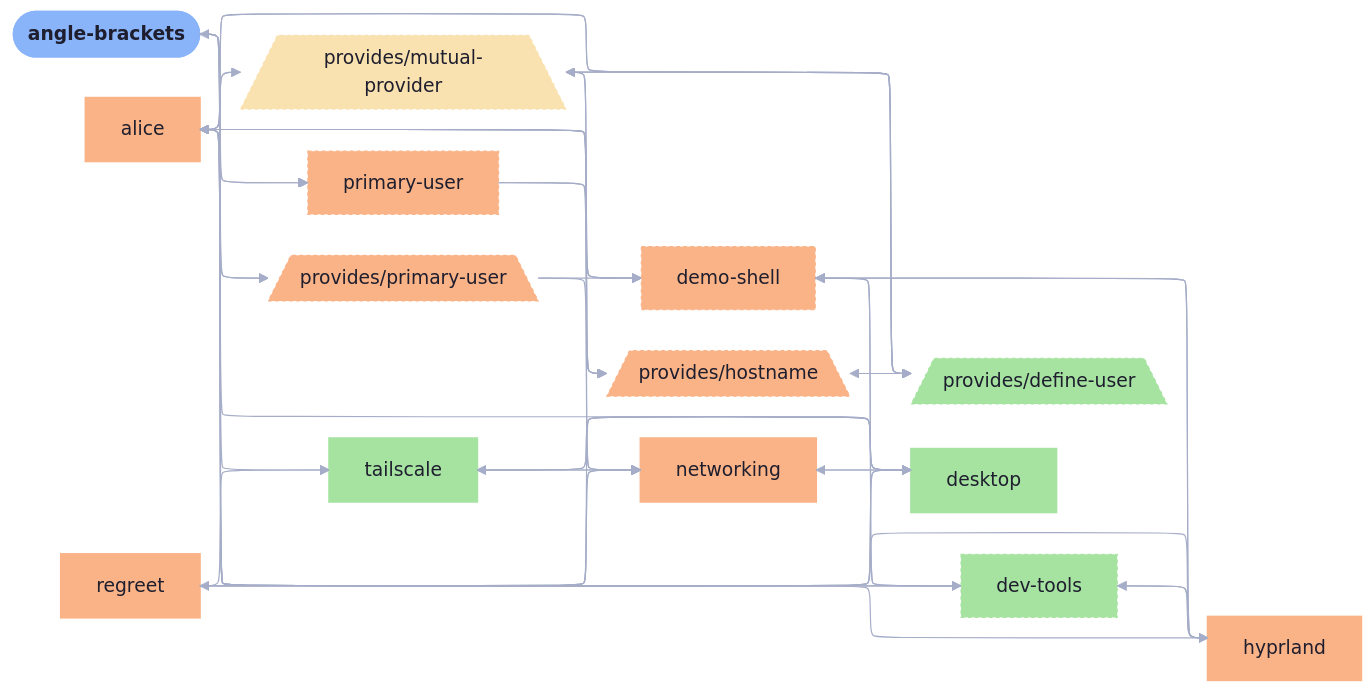
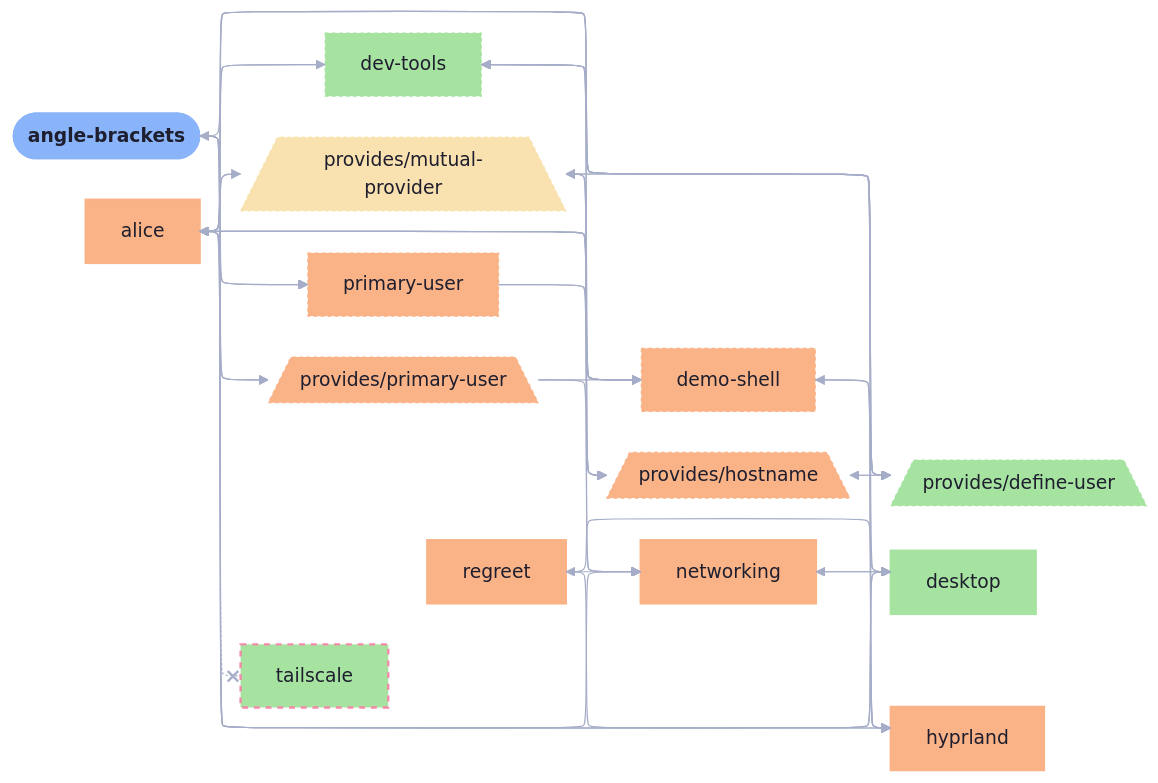
The diagram in templates/diag-fx-demo/diagrams/angle-brackets-simple.md (sini/den), drawn with Mermaid before and after one commit. The commit also changed 526 other files, not shown here.

Commit message:
chore: update fx diagrams

````diff
--- a/templates/diag-fx-demo/diagrams/angle-brackets-simple.md
+++ b/templates/diag-fx-demo/diagrams/angle-brackets-simple.md
@@ -5,81 +5,76 @@
 ```mermaid
 %%{init: {"elk":{"mergeEdges":true,"nodePlacementStrategy":"BRANDES_KOEPF"},"layout":"elk","theme":"base","themeVariables":{"activationBkgColor":"#313244","activationBorderColor":"#6c7086","actorBkg":"#313244","actorBorder":"#a6adc8","actorLineColor":"#a6adc8","actorTextColor":"#cdd6f4","background":"#1e1e2e","classText":"#cdd6f4","clusterBkg":"#313244","clusterBorder":"#6c7086","edgeLabelBackground":"#1e1e2e","labelBoxBkgColor":"#313244","labelBoxBorderColor":"#a6adc8","labelTextColor":"#cdd6f4","lineColor":"#a6adc8","loopTextColor":"#cdd6f4","mainBkg":"#313244","nodeBkg":"#313244","nodeBorder":"#a6adc8","nodeTextColor":"#cdd6f4","noteBkgColor":"#313244","noteBorderColor":"#6c7086","noteTextColor":"#cdd6f4","pie1":"#f38ba8","pie2":"#fab387","pie3":"#f9e2af","pie4":"#a6e3a1","pie5":"#94e2d5","pie6":"#89b4fa","pie7":"#cba6f7","pie8":"#f2cdcd","pieLegendTextColor":"#cdd6f4","pieOuterStrokeColor":"#6c7086","pieSectionTextColor":"#cdd6f4","pieStrokeColor":"#6c7086","pieTitleTextColor":"#cdd6f4","primaryBorderColor":"#a6adc8","primaryColor":"#313244","primaryTextColor":"#cdd6f4","secondBkg":"#313244","secondaryBorderColor":"#6c7086","secondaryColor":"#313244","secondaryTextColor":"#cdd6f4","sequenceNumberColor":"#1e1e2e","signalColor":"#a6adc8","signalTextColor":"#cdd6f4","tertiaryBorderColor":"#6c7086","tertiaryColor":"#313244","tertiaryTextColor":"#cdd6f4","textColor":"#cdd6f4","titleColor":"#cdd6f4"}}}%%
 graph LR
   angle_brackets([angle-brackets]):::root
   alice["alice"]:::alice_c
   den__provides__define_user[/"provides/define-user"\]:::den__provides__define_user_c
   demo_shell["demo-shell"]:::demo_shell_c
   desktop["desktop"]:::desktop_c
   dev_tools["dev-tools"]:::dev_tools_c
   den__provides__hostname[/"provides/hostname"\]:::den__provides__hostname_c
   hyprland["hyprland"]:::hyprland_c
   den__provides__mutual_provider[/"provides/mutual-provider"\]:::den__provides__mutual_provider_c
   networking["networking"]:::networking_c
   primary_user["primary-user"]:::primary_user_c
   den__provides__primary_user[/"provides/primary-user"\]:::den__provides__primary_user_c
   regreet["regreet"]:::regreet_c
   tailscale["tailscale"]:::tailscale_c
 
   alice --> demo_shell
   alice --> dev_tools
   alice --> hyprland
   alice --> primary_user
   alice --> den__provides__primary_user
   alice --> den__provides__define_user
   alice --> den__provides__hostname
   alice --> den__provides__mutual_provider
   angle_brackets --> desktop
   angle_brackets --> networking
-  angle_brackets --> tailscale
   angle_brackets --> primary_user
   angle_brackets --> den__provides__primary_user
+  angle_brackets -.-x tailscale
   den__provides__mutual_provider --> den__provides__define_user
   den__provides__mutual_provider --> den__provides__hostname
   den__provides__mutual_provider --> alice
   den__provides__hostname --> den__provides__define_user
   den__provides__define_user --> den__provides__hostname
   den__provides__define_user --> den__provides__mutual_provider
   den__provides__hostname --> den__provides__mutual_provider
   den__provides__define_user --> alice
   den__provides__hostname --> alice
   demo_shell --> hyprland
   demo_shell --> alice
   demo_shell --> dev_tools
   den__provides__primary_user --> demo_shell
   den__provides__primary_user --> networking
   desktop --> angle_brackets
   desktop --> networking
-  desktop --> tailscale
   desktop --> regreet
   dev_tools --> alice
   dev_tools --> demo_shell
   dev_tools --> hyprland
   networking --> desktop
   regreet --> desktop
-  tailscale --> desktop
   regreet --> networking
-  tailscale --> networking
-  networking --> tailscale
-  regreet --> tailscale
   hyprland --> dev_tools
   hyprland --> alice
   hyprland --> demo_shell
   primary_user --> demo_shell
   primary_user --> networking
 
   classDef root fill:#89b4fa,stroke:#89b4fa,color:#1e1e2e,font-weight:bold
   classDef alice_c fill:#fab387,stroke:#fab387,color:#1e1e2e,stroke-width:2px
   classDef angle_brackets_c fill:#fab387,stroke:#fab387,color:#1e1e2e,stroke-width:3px
   classDef den__provides__define_user_c fill:#a6e3a1,stroke:#a6e3a1,color:#1e1e2e,stroke-dasharray: 3 3,stroke-width:1px
   classDef demo_shell_c fill:#fab387,stroke:#fab387,color:#1e1e2e,stroke-dasharray: 3 3,stroke-width:1px
   classDef desktop_c fill:#a6e3a1,stroke:#a6e3a1,color:#1e1e2e,stroke-width:2px
   classDef dev_tools_c fill:#a6e3a1,stroke:#a6e3a1,color:#1e1e2e,stroke-dasharray: 3 3,stroke-width:1px
   classDef den__provides__hostname_c fill:#fab387,stroke:#fab387,color:#1e1e2e,stroke-dasharray: 3 3,stroke-width:1px
   classDef hyprland_c fill:#fab387,stroke:#fab387,color:#1e1e2e,stroke-width:2px
   classDef den__provides__mutual_provider_c fill:#f9e2af,stroke:#f9e2af,color:#1e1e2e,stroke-dasharray: 3 3,stroke-width:1px
   classDef networking_c fill:#fab387,stroke:#fab387,color:#1e1e2e,stroke-width:2px
   classDef primary_user_c fill:#fab387,stroke:#fab387,color:#1e1e2e,stroke-dasharray: 3 3,stroke-width:1px
   classDef den__provides__primary_user_c fill:#fab387,stroke:#fab387,color:#1e1e2e,stroke-dasharray: 3 3,stroke-width:1px
   classDef regreet_c fill:#fab387,stroke:#fab387,color:#1e1e2e,stroke-width:2px
-  classDef tailscale_c fill:#a6e3a1,stroke:#a6e3a1,color:#1e1e2e,stroke-width:2px
+  classDef tailscale_c fill:#a6e3a1,stroke:#f38ba8,color:#1e1e2e,stroke-dasharray: 5 5,stroke-width:2px
 ```
````
